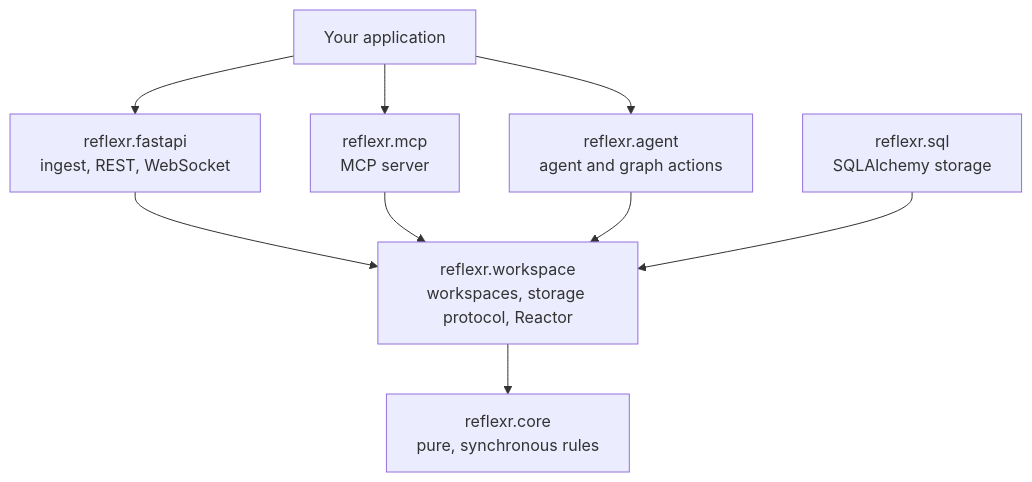
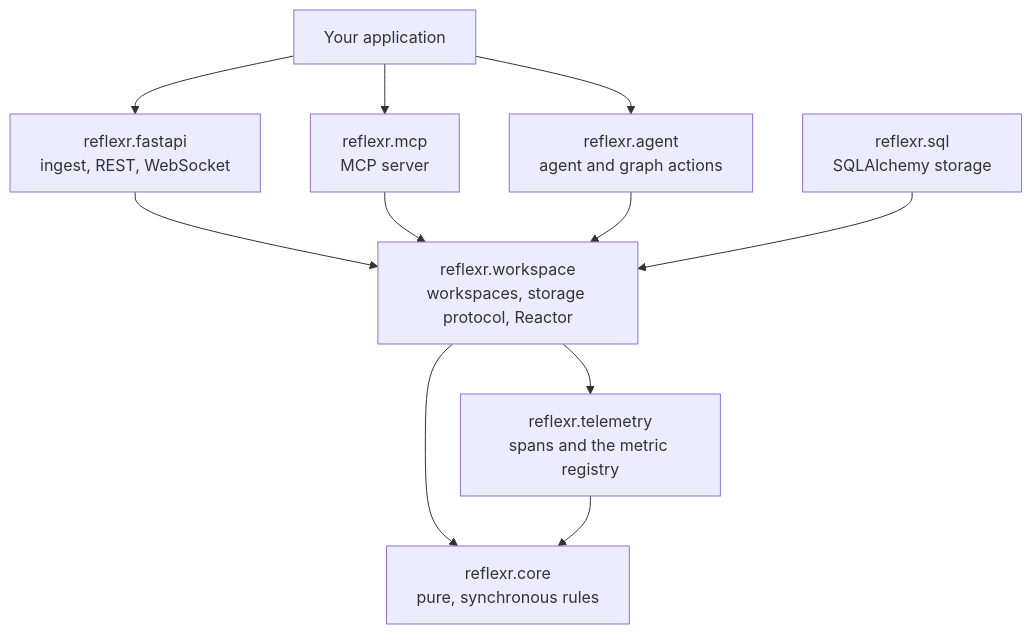
Before and after one commit to alexnodeland/lattice: the first of 4 diagrams in packages/reflexr/docs/architecture.md, drawn with Mermaid. The commit also changed other lines of this file and 31 other files, not shown here.

First line of the commit message:
feat(workspace): add the storage port, in-memory storage, workspace handles and telemetry (alexnodeland/reflexr#23)

````diff
--- a/packages/reflexr/docs/architecture.md
+++ b/packages/reflexr/docs/architecture.md
@@ -62,11 +63,13 @@
 ```mermaid
 graph TD
     app["Your application"] --> fastapi["reflexr.fastapi<br/>ingest, REST, WebSocket"]
     app --> mcp["reflexr.mcp<br/>MCP server"]
     app --> agent["reflexr.agent<br/>agent and graph actions"]
     fastapi --> workspace
     mcp --> workspace
     agent --> workspace["reflexr.workspace<br/>workspaces, storage protocol, Reactor"]
     sql["reflexr.sql<br/>SQLAlchemy storage"] --> workspace
+    workspace --> telemetry["reflexr.telemetry<br/>spans and the metric registry"]
     workspace --> core["reflexr.core<br/>pure, synchronous rules"]
+    telemetry --> core
 ```
````
